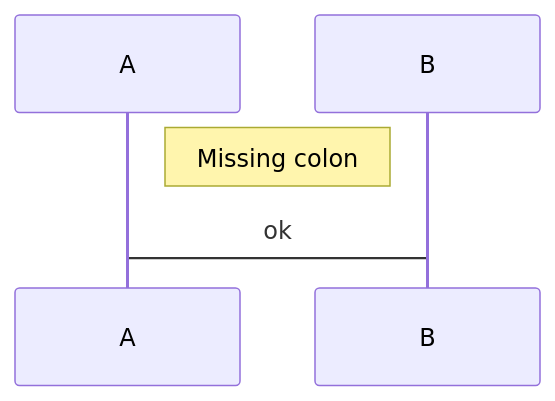
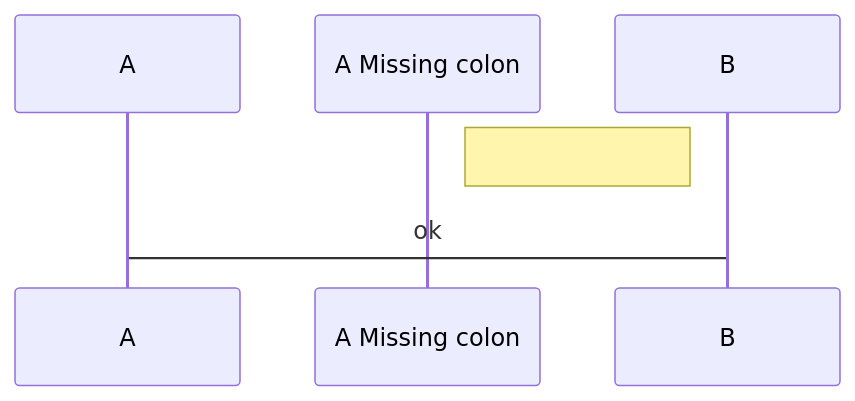
Before and after one commit to probelabs/mermaid-lint: diagram 23 of 27 in test-fixtures/sequence/INVALID_DIAGRAMS.md, drawn with Mermaid. The commit also changed other lines of this file and 9 other files, not shown here.

Commit message:
sequence: accept realistic quoted names; warn by default, error in --strict; move permissive cases to valid; regenerate previews

````diff
--- a/test-fixtures/sequence/INVALID_DIAGRAMS.md
+++ b/test-fixtures/sequence/INVALID_DIAGRAMS.md
@@ -1081,8 +1015,8 @@
 ```mermaid
 sequenceDiagram
   participant A
-  Note right of A : Missing colon
+  Note right of A Missing colon: 
   A->B: ok
 
 
 ```
````
